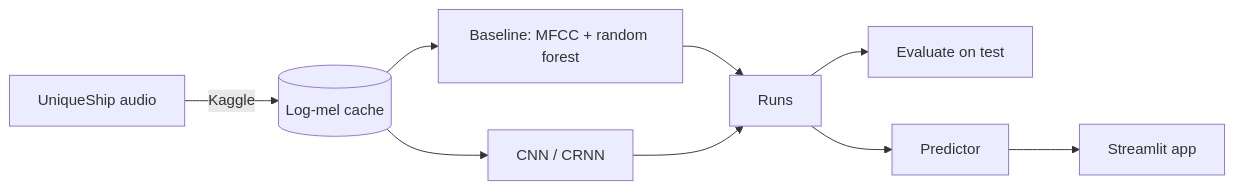
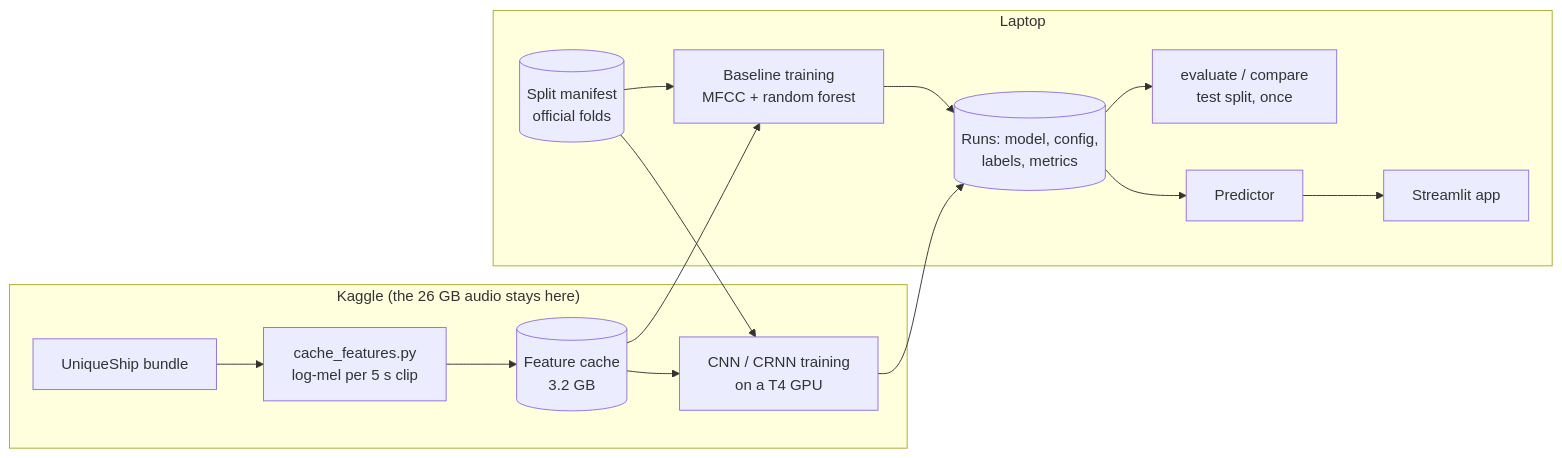
Before and after one commit to yanyetang/acousticwise: the diagram in README.md, drawn with Mermaid. The commit also changed other lines of this file and 5 other files, not shown here.

````diff
--- a/README.md
+++ b/README.md
@@ -26,10 +26,18 @@
 ```mermaid
 flowchart LR
-    A[UniqueShip audio] -->|Kaggle| B[(Log-mel cache)]
-    B --> C[Baseline: MFCC + random forest]
-    B --> D[CNN / CRNN]
-    C --> E[Runs]
-    D --> E
-    E --> F[Evaluate on test]
-    E --> G[Predictor] --> H[Streamlit app]
+    subgraph Kaggle["Kaggle (the 26 GB audio stays here)"]
+        A[UniqueShip bundle] --> B[cache_features.py<br/>log-mel per 5 s clip]
+        B --> C[(Feature cache<br/>3.2 GB)]
+        C --> T2[CNN / CRNN training<br/>on a T4 GPU]
+    end
+    subgraph Laptop
+        C --> T1[Baseline training<br/>MFCC + random forest]
+        M[(Split manifest<br/>official folds)] --> T1
+        M --> T2
+        T1 --> R[(Runs: model, config,<br/>labels, metrics)]
+        T2 --> R
+        R --> E[evaluate / compare<br/>test split, once]
+        R --> P[Predictor]
+        P --> S[Streamlit app]
+    end
 ```
````
